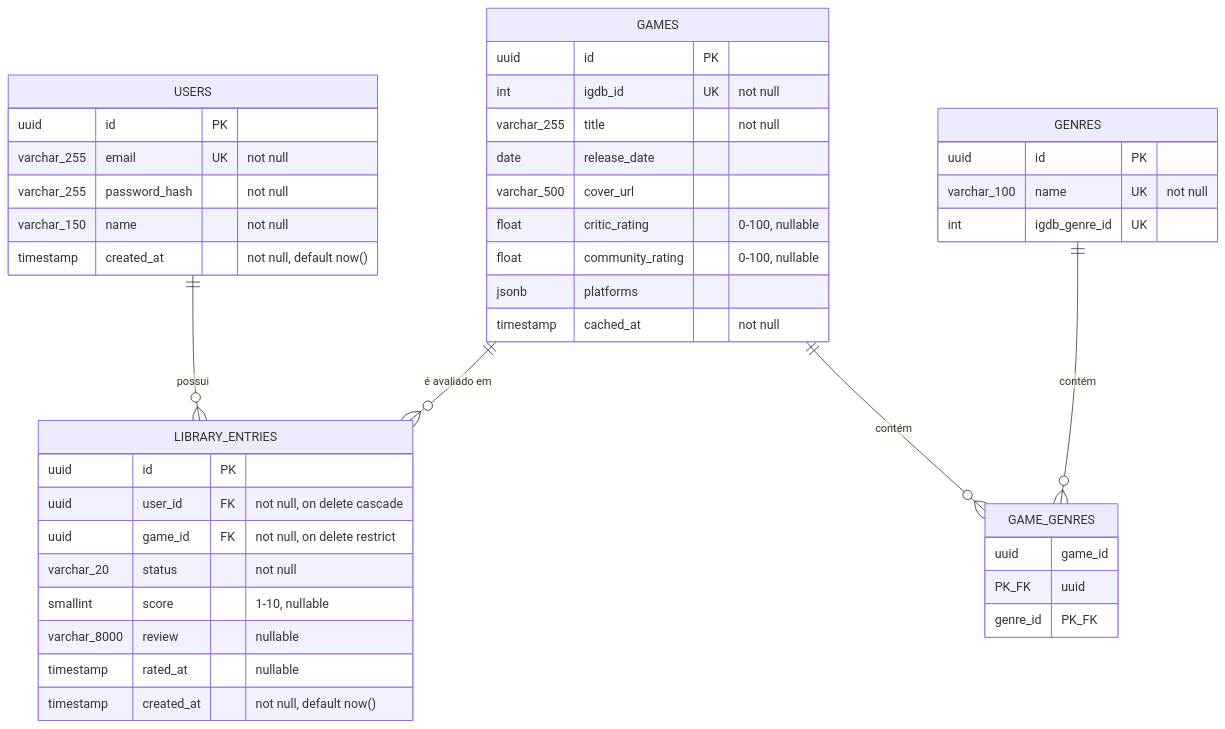
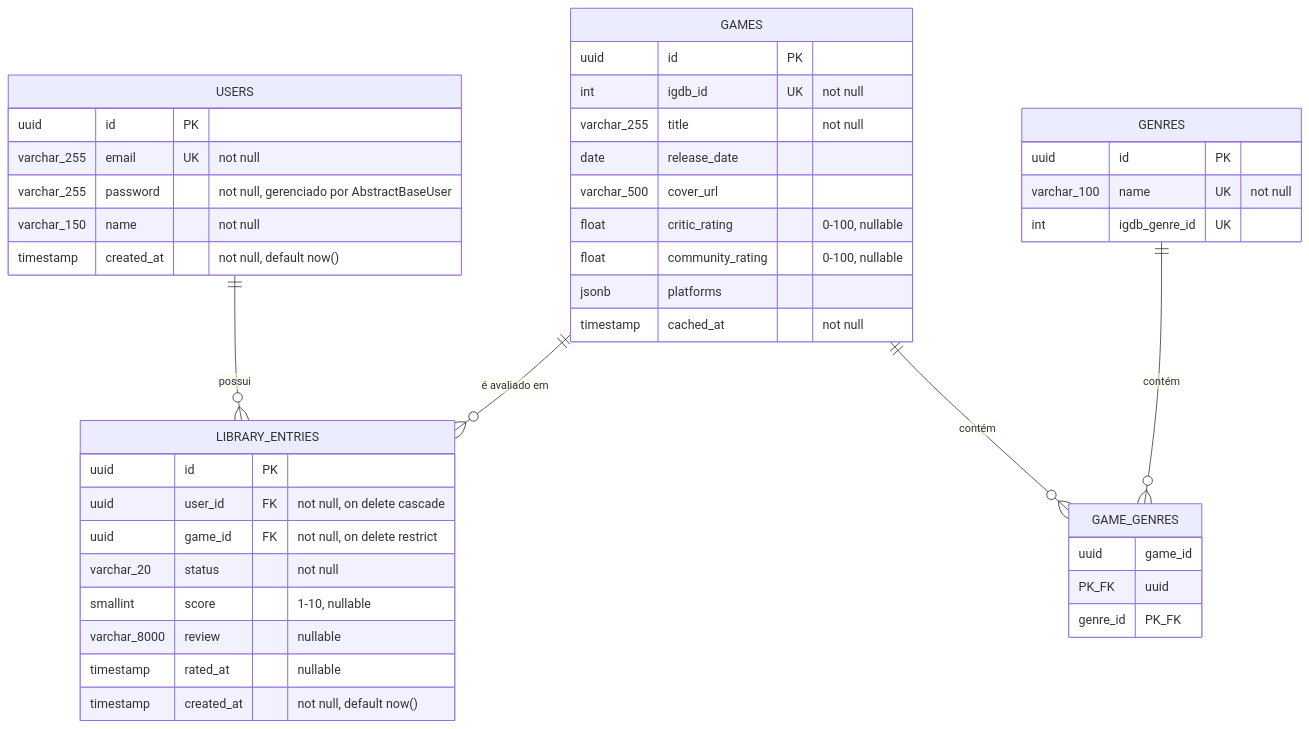
Before and after one commit to Vicenzo-Az/parallaxis-backend: the diagram in docs/database-model.md, drawn with Mermaid. The commit also changed other lines of this file, not shown here.

````diff
--- a/docs/database-model.md
+++ b/docs/database-model.md
@@ -11,49 +25,49 @@
 ```mermaid
 erDiagram
     USERS ||--o{ LIBRARY_ENTRIES : possui
     GAMES ||--o{ LIBRARY_ENTRIES : "é avaliado em"
     GAMES ||--o{ GAME_GENRES : contém
     GENRES ||--o{ GAME_GENRES : contém
 
     USERS {
         uuid id PK
         varchar_255 email UK "not null"
-        varchar_255 password_hash "not null"
+        varchar_255 password "not null, gerenciado por AbstractBaseUser"
         varchar_150 name "not null"
         timestamp created_at "not null, default now()"
     }
 
     GAMES {
         uuid id PK
         int igdb_id UK "not null"
         varchar_255 title "not null"
         date release_date
         varchar_500 cover_url
         float critic_rating "0-100, nullable"
         float community_rating "0-100, nullable"
         jsonb platforms
         timestamp cached_at "not null"
     }
 
     GENRES {
         uuid id PK
         varchar_100 name UK "not null"
         int igdb_genre_id UK
     }
 
     GAME_GENRES {
         uuid game_id PK_FK
         uuid genre_id PK_FK
     }
 
     LIBRARY_ENTRIES {
         uuid id PK
         uuid user_id FK "not null, on delete cascade"
         uuid game_id FK "not null, on delete restrict"
         varchar_20 status "not null"
         smallint score "1-10, nullable"
         varchar_8000 review "nullable"
         timestamp rated_at "nullable"
         timestamp created_at "not null, default now()"
     }
 ```
````
